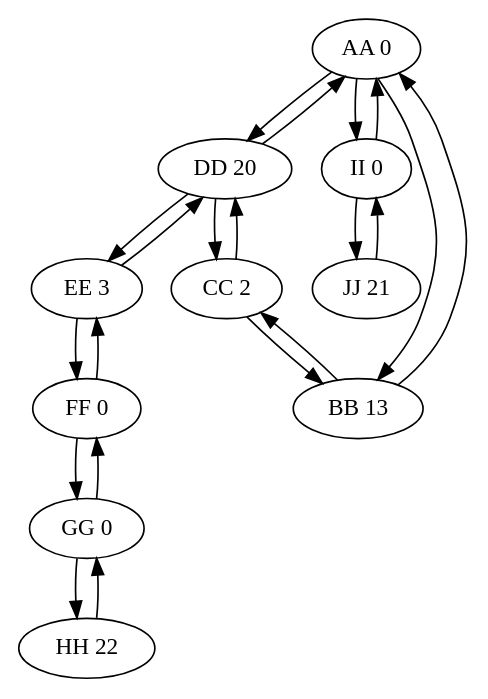
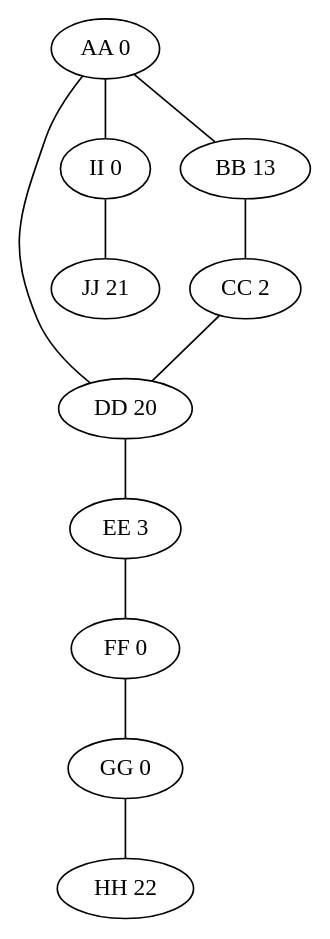
The diagram in 2022/16/sample.txt.dot (mvidner/adventofcode), drawn with Graphviz before and after one commit. The commit also changed 2 other files, not shown here.

Commit message:
2022/16 graphviz: undirected graphs

```diff
--- a/2022/16/sample.txt.dot
+++ b/2022/16/sample.txt.dot
@@ -1,32 +1,22 @@
-digraph g {
+graph g {
   AA[label="AA 0"];
-    AA -> DD;
-    AA -> II;
-    AA -> BB;
+    AA -- DD;
+    AA -- II;
+    AA -- BB;
   BB[label="BB 13"];
-    BB -> CC;
-    BB -> AA;
+    BB -- CC;
   CC[label="CC 2"];
-    CC -> DD;
-    CC -> BB;
+    CC -- DD;
   DD[label="DD 20"];
-    DD -> CC;
-    DD -> AA;
-    DD -> EE;
+    DD -- EE;
   EE[label="EE 3"];
-    EE -> FF;
-    EE -> DD;
+    EE -- FF;
   FF[label="FF 0"];
-    FF -> EE;
-    FF -> GG;
+    FF -- GG;
   GG[label="GG 0"];
-    GG -> FF;
-    GG -> HH;
+    GG -- HH;
   HH[label="HH 22"];
-    HH -> GG;
   II[label="II 0"];
-    II -> AA;
-    II -> JJ;
+    II -- JJ;
   JJ[label="JJ 21"];
-    JJ -> II;
 }
```
